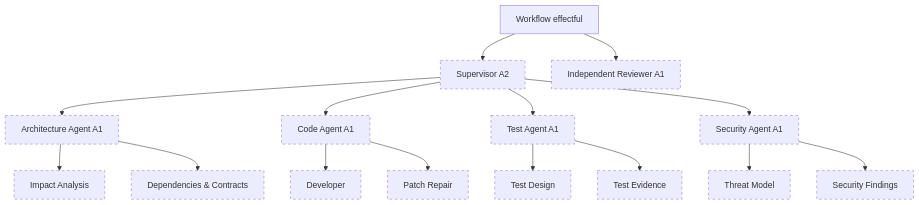
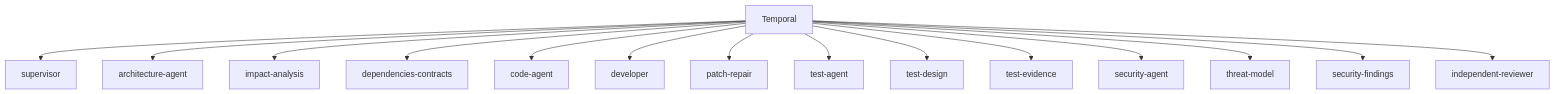
One commit to dbeaumont/ai-software-factory-local changed the second of 4 diagrams in docs/overview/current-state.md. Above: the diagram before and after it, drawn with Mermaid. The commit also changed other lines of this file and 28 other files, not shown here.

````diff
--- a/docs/overview/current-state.md
+++ b/docs/overview/current-state.md
@@ -268,20 +84,18 @@
 ```mermaid
-flowchart TD
-    WF[Workflow effectful] --> SUP[Supervisor A2]
-    WF --> IR[Independent Reviewer A1]
-    SUP --> ARC[Architecture Agent A1]
-    SUP --> CODE[Code Agent A1]
-    SUP --> TEST[Test Agent A1]
-    SUP --> SEC[Security Agent A1]
-    ARC --> IA[Impact Analysis]
-    ARC --> DC[Dependencies & Contracts]
-    CODE --> DEV[Developer]
-    CODE --> FIX[Patch Repair]
-    TEST --> TD[Test Design]
-    TEST --> TE[Test Evidence]
-    SEC --> TM[Threat Model]
-    SEC --> SF[Security Findings]
-
-    classDef disabled stroke-dasharray: 5 5
-    class SUP,IR,ARC,CODE,TEST,SEC,IA,DC,DEV,FIX,TD,TE,TM,SF disabled
+flowchart TB
+  T[Temporal]
+  T --> S[supervisor]
+  T --> AA[architecture-agent]
+  T --> IA[impact-analysis]
+  T --> DC[dependencies-contracts]
+  T --> CA[code-agent]
+  T --> DEV[developer]
+  T --> PR[patch-repair]
+  T --> TA[test-agent]
+  T --> TD[test-design]
+  T --> TE[test-evidence]
+  T --> SA[security-agent]
+  T --> TM[threat-model]
+  T --> SF[security-findings]
+  T --> IR[independent-reviewer]
 ```
````
